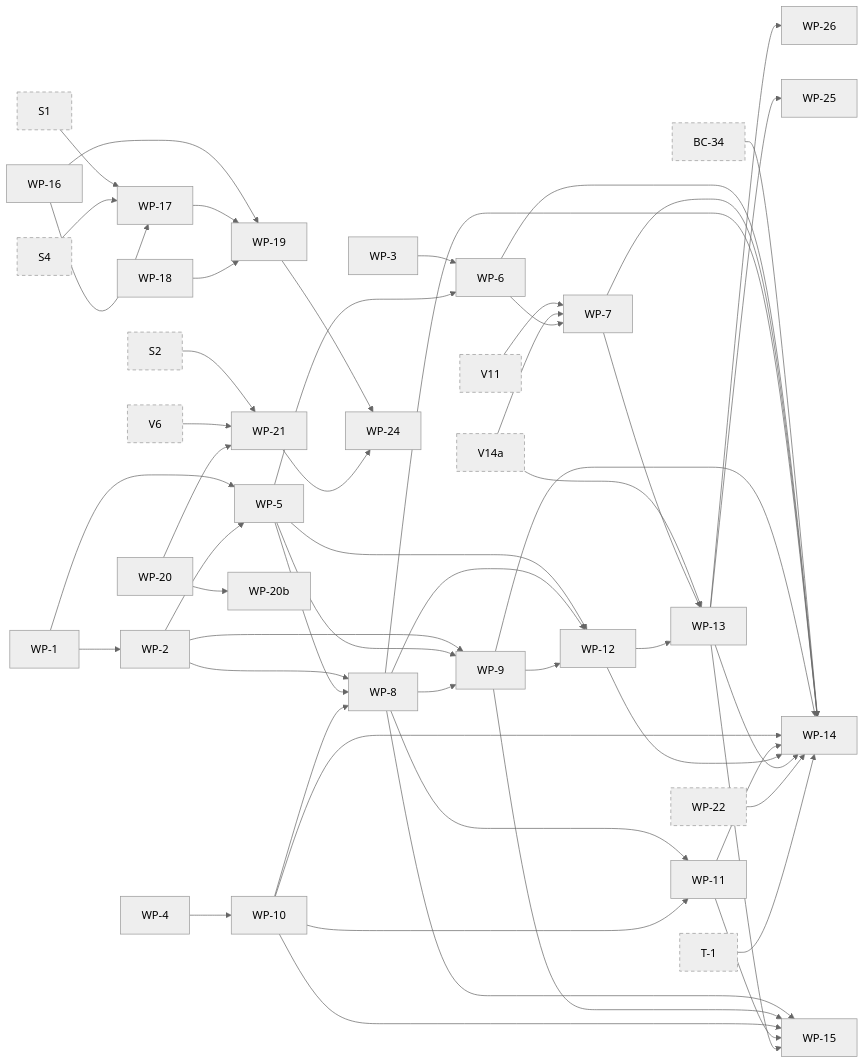
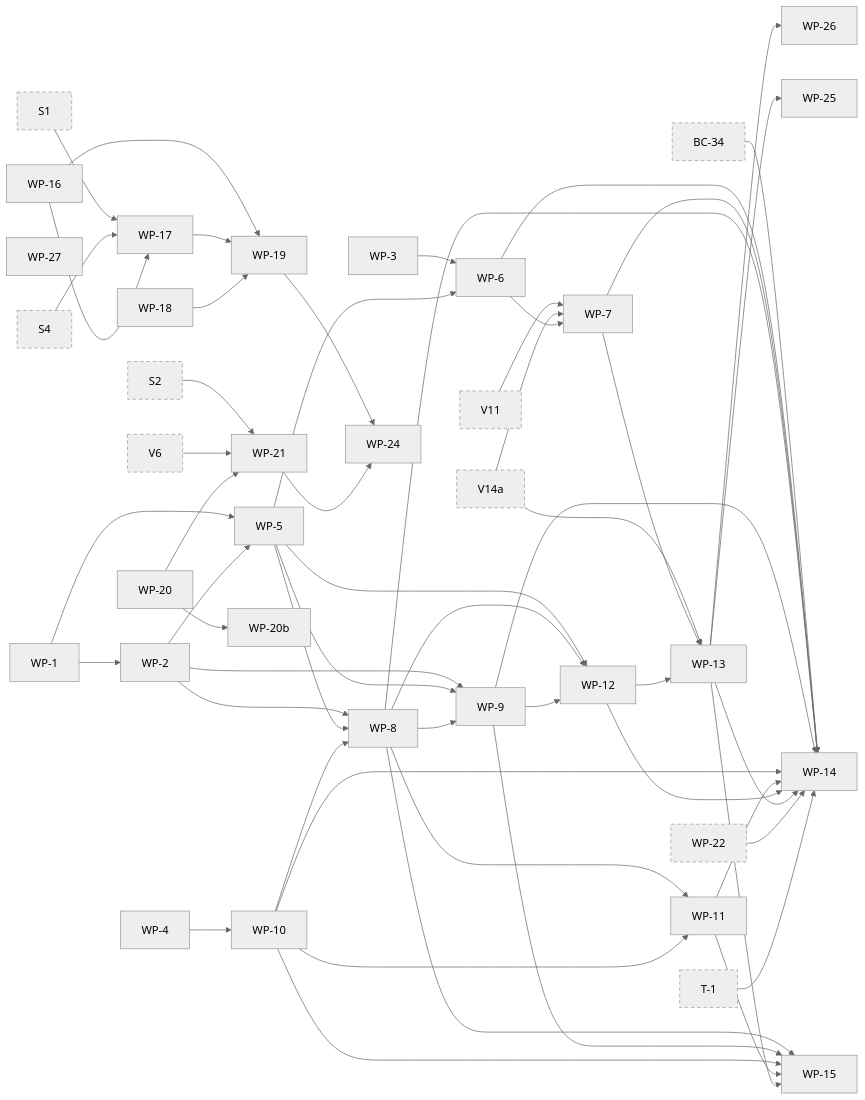
The eighth of 11 diagrams in docs/superpowers/plans/2026-10-13-phase-2/dependencies.md (jhoblitt/rgw-go), drawn with Mermaid (neutral theme) before and after one commit. The commit also changed other lines of this file and 1 other file, not shown here.

Commit message:
docs(plan): settle WP-26's encrypted completion and add task WP-27
WP-13's second re-review found that rgw-go's UploadPart reads only an
upload's placement and checksum, so a part for an upload radosgw began
encrypted is stored in the clear inside an object radosgw then reads
as encrypted. Task WP-27 refuses such parts as the key-management
exclusion promises.

It also found that rgw-go's completion reads no crypt mode, so it
completes key-server uploads a radosgw without a key server refuses,
and that v20.2.5 asks for an SSE-C key only for a checksummed upload,
as AWS does. WP-26 now follows that rule, refuses the key-server and
unknown modes, and echoes radosgw's encryption headers.

```diff
--- a/docs/superpowers/plans/2026-10-13-phase-2/dependencies.md
+++ b/docs/superpowers/plans/2026-10-13-phase-2/dependencies.md
@@ -823,6 +823,7 @@
   t_WP_24["WP-24"]
   t_WP_25["WP-25"]
   t_WP_26["WP-26"]
+  t_WP_27["WP-27"]
   t_S1["S1"]:::ext
   t_S2["S2"]:::ext
   t_S4["S4"]:::ext
@@ -909,7 +910,8 @@
   click t_WP_21 href "https://github.com/jhoblitt/rgw-go/blob/main/docs/superpowers/plans/2026-10-13-phase-2/WP-write-path.md#task-wp-21-get-layout" "WP-21: GET `?layout`"
   click t_WP_24 href "https://github.com/jhoblitt/rgw-go/blob/main/docs/superpowers/plans/2026-10-13-phase-2/WP-write-path.md#task-wp-24-layout-and-otp-gate" "WP-24: `?layout` and otp gate"
   click t_WP_25 href "https://github.com/jhoblitt/rgw-go/blob/main/docs/superpowers/plans/2026-10-13-phase-2/WP-write-path.md#task-wp-25-getobjectattributes-requires-both-of-its-permissions" "WP-25: GetObjectAttributes requires both of its permissions"
-  click t_WP_26 href "https://github.com/jhoblitt/rgw-go/blob/main/docs/superpowers/plans/2026-10-13-phase-2/WP-write-path.md#task-wp-26-completemultipartupload-checks-an-encrypted-uploads-key-and-hides-its-checksum" "WP-26: CompleteMultipartUpload checks an encrypted upload's key and hides its checksum"
+  click t_WP_26 href "https://github.com/jhoblitt/rgw-go/blob/main/docs/superpowers/plans/2026-10-13-phase-2/WP-write-path.md#task-wp-26-completemultipartupload-treats-an-encrypted-upload-as-radosgw-does" "WP-26: CompleteMultipartUpload treats an encrypted upload as radosgw does"
+  click t_WP_27 href "https://github.com/jhoblitt/rgw-go/blob/main/docs/superpowers/plans/2026-10-13-phase-2/WP-write-path.md#task-wp-27-uploadpart-and-uploadpartcopy-refuse-a-part-of-an-encrypted-upload" "WP-27: UploadPart and UploadPartCopy refuse a part of an encrypted upload"
   click t_S1 href "https://github.com/jhoblitt/rgw-go/blob/main/docs/superpowers/plans/2026-10-13-phase-2/00-index.md#task-s1-fakeradoss-rgw-class-as-method-tables" "S1: fakerados's rgw class as method tables"
   click t_S2 href "https://github.com/jhoblitt/rgw-go/blob/main/docs/superpowers/plans/2026-10-13-phase-2/00-index.md#task-s2-route-sets-per-feature-and-the-env-slots" "S2: route sets per feature and the Env slots"
   click t_S4 href "https://github.com/jhoblitt/rgw-go/blob/main/docs/superpowers/plans/2026-10-13-phase-2/00-index.md#task-s4-fakerados-refuses-an-unregistered-class-method-at-op-setup" "S4: fakerados refuses an unregistered class method at op setup"
```
